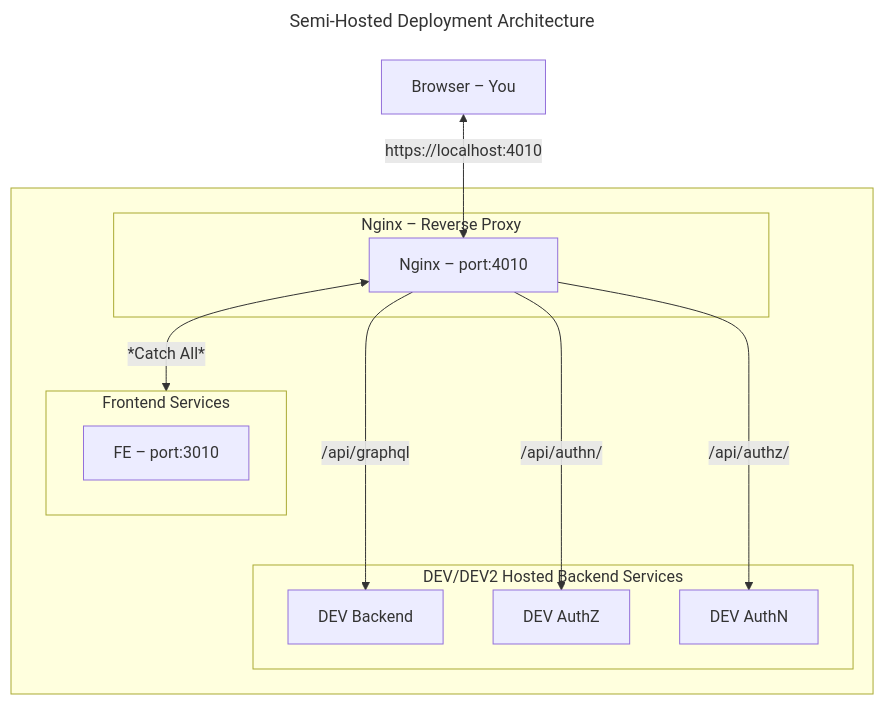
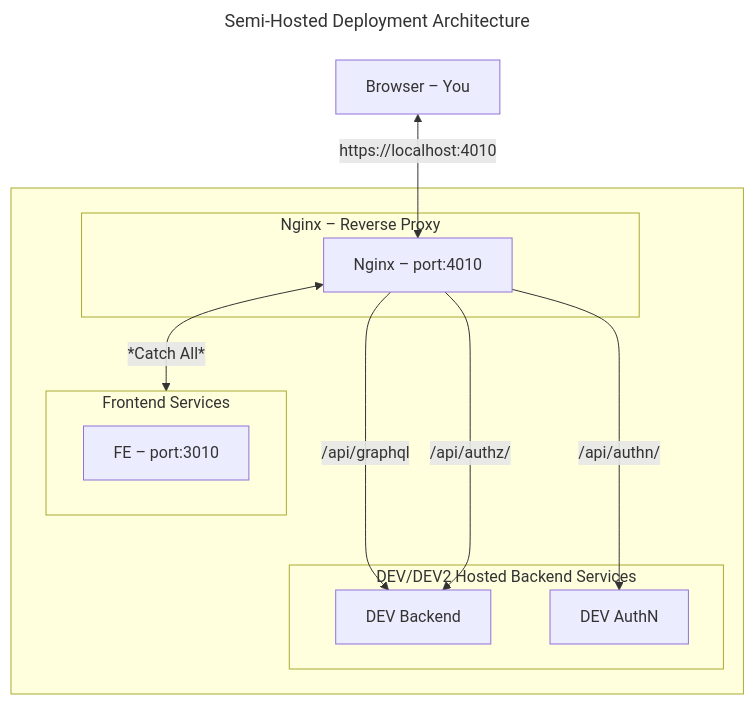
One commit to CBIIT/crdc-datahub-ui changed the first of 2 diagrams in nginx/README.md. Above: the diagram before and after it, drawn with Mermaid. The commit also changed other lines of this file and 10 other files, not shown here.

````diff
--- a/nginx/README.md
+++ b/nginx/README.md
@@ -55,28 +55,27 @@
 ```mermaid
 ---
 title: Semi-Hosted Deployment Architecture
 ---
 flowchart TD
     id0["Browser – You"]
     id1["Nginx – port:4010"]
     id2["FE – port:3010"]
     id3["DEV Backend"]
-    id4["DEV AuthZ"]
     id5["DEV AuthN"]
 
     id0 <--"https://localhost:4010"--> id1
     subgraph lh[" "]
         subgraph nx["Nginx – Reverse Proxy"]
           id1
         end
         subgraph be["DEV/DEV2 Hosted Backend Services"]
           id1 --"/api/graphql"---> id3
-          id1 --"/api/authn/"---> id4
-          id1 --"/api/authz/"---> id5
+          id1 --"/api/authz/"---> id3
+          id1 --"/api/authn/"---> id5
         end
         subgraph fe["Frontend Services"]
           id2
         end
         id1 <--"*Catch All*"--> fe
     end
 ```
````
